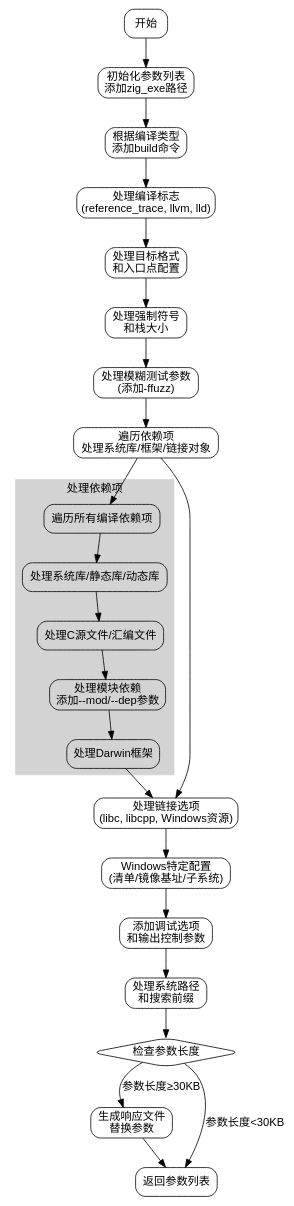
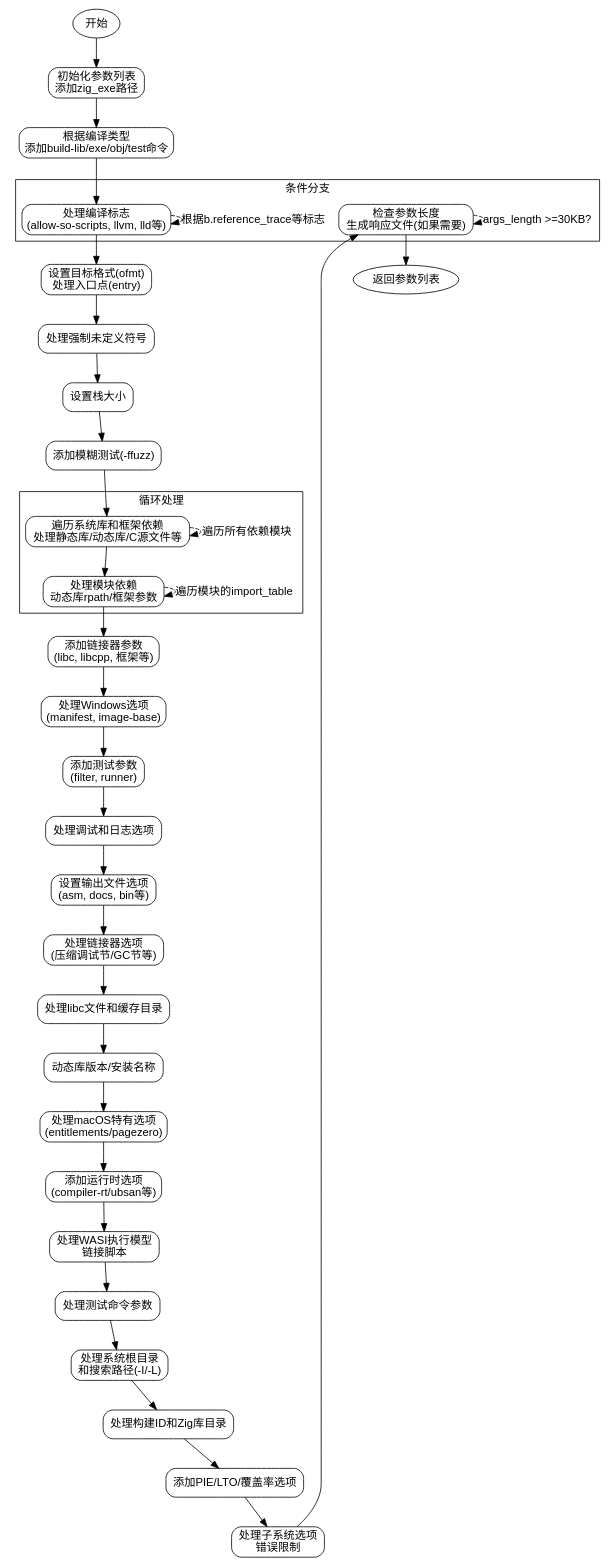
Before and after one commit to sdzx-1/deepseek-zig-reader: the diagram in dot_std/Build/Step/Compile.zig.getZigArgs.md, drawn with Graphviz. The commit also changed other lines of this file and 236 other files, not shown here.

````diff
--- a/dot_std/Build/Step/Compile.zig.getZigArgs.md
+++ b/dot_std/Build/Step/Compile.zig.getZigArgs.md
@@ -44,59 +48,78 @@
 ```dot
-digraph flowchart {
-    node [shape=rectangle, style="rounded", fontname="Arial"];
+digraph getZigArgs {
+    graph [fontname="Arial", nodesep=0.2, ranksep=0.5];
+    node [fontname="Arial", shape=box, style="rounded"];
     edge [fontname="Arial"];
 
-    start [label="开始"];
+    start [label="开始", shape=ellipse];
+    end [label="返回参数列表", shape=ellipse];
+
     init_args [label="初始化参数列表\n添加zig_exe路径"];
-    add_cmd [label="根据编译类型\n添加build命令"];
-    flags [label="处理编译标志\n(reference_trace, llvm, lld)"];
-    ofmt_entry [label="处理目标格式\n和入口点配置"];
-    symbols_stack [label="处理强制符号\n和栈大小"];
-    fuzz_arg [label="处理模糊测试参数\n(添加-ffuzz)"];
-    deps [label="遍历依赖项\n处理系统库/框架/链接对象"];
-    link_options [label="处理链接选项\n(libc, libcpp, Windows资源)"];
-    win_config [label="Windows特定配置\n(清单/镜像基址/子系统)"];
-    debug_output [label="添加调试选项\n和输出控制参数"];
-    sys_paths [label="处理系统路径\n和搜索前缀"];
-    check_length [label="检查参数长度", shape=diamond];
-    response_file [label="生成响应文件\n替换参数"];
-    end [label="返回参数列表"];
+    add_cmd [label="根据编译类型\n添加build-lib/exe/obj/test命令"];
+    handle_flags [label="处理编译标志\n(allow-so-scripts, llvm, lld等)"];
+    ofmt_entry [label="设置目标格式(ofmt)\n处理入口点(entry)"];
+    force_symbols [label="处理强制未定义符号"];
+    stack_size [label="设置栈大小"];
+    fuzz_flag [label="添加模糊测试(-ffuzz)"];
+    system_libs [label="遍历系统库和框架依赖\n处理静态库/动态库/C源文件等"];
+    module_deps [label="处理模块依赖\n动态库rpath/框架参数"];
+    linker_flags [label="添加链接器参数\n(libc, libcpp, 框架等)"];
+    windows_specific [label="处理Windows选项\n(manifest, image-base)"];
+    test_params [label="添加测试参数\n(filter, runner)"];
+    debug_flags [label="处理调试和日志选项"];
+    output_files [label="设置输出文件选项\n(asm, docs, bin等)"];
+    linker_options [label="处理链接器选项\n(压缩调试节/GC节等)"];
+    libc_cache [label="处理libc文件和缓存目录"];
+    dynamic_lib [label="动态库版本/安装名称"];
+    macos_flags [label="处理macOS特有选项\n(entitlements/pagezero)"];
+    runtime_flags [label="添加运行时选项\n(compiler-rt/ubsan等)"];
+    wasi_link [label="处理WASI执行模型\n链接脚本"];
+    test_cmds [label="处理测试命令参数"];
+    sysroot_search [label="处理系统根目录\n和搜索路径(-I/-L)"];
+    build_id [label="处理构建ID和Zig库目录"];
+    pie_lto [label="添加PIE/LTO/覆盖率选项"];
+    subsystem_error [label="处理子系统选项\n错误限制"];
+    arg_length [label="检查参数长度\n生成响应文件(如果需要)"];
 
     start -> init_args;
     init_args -> add_cmd;
-    add_cmd -> flags;
-    flags -> ofmt_entry;
-    ofmt_entry -> symbols_stack;
-    symbols_stack -> fuzz_arg;
-    fuzz_arg -> deps;
-    deps -> link_options;
-    link_options -> win_config;
-    win_config -> debug_output;
-    debug_output -> sys_paths;
-    sys_paths -> check_length;
-    check_length -> response_file [label="参数长度≥30KB"];
-    check_length -> end [label="参数长度<30KB"];
-    response_file -> end;
+    add_cmd -> handle_flags;
+    handle_flags -> ofmt_entry;
+    ofmt_entry -> force_symbols;
+    force_symbols -> stack_size;
+    stack_size -> fuzz_flag;
+    fuzz_flag -> system_libs;
+    system_libs -> module_deps;
+    module_deps -> linker_flags;
+    linker_flags -> windows_specific;
+    windows_specific -> test_params;
+    test_params -> debug_flags;
+    debug_flags -> output_files;
+    output_files -> linker_options;
+    linker_options -> libc_cache;
+    libc_cache -> dynamic_lib;
+    dynamic_lib -> macos_flags;
+    macos_flags -> runtime_flags;
+    runtime_flags -> wasi_link;
+    wasi_link -> test_cmds;
+    test_cmds -> sysroot_search;
+    sysroot_search -> build_id;
+    build_id -> pie_lto;
+    pie_lto -> subsystem_error;
+    subsystem_error -> arg_length;
+    arg_length -> end;
 
-    // 子流程：依赖项处理
-    subgraph cluster_deps {
-        label="处理依赖项";
-        style=filled;
-        color=lightgrey;
-
-        iterate_deps [label="遍历所有编译依赖项"];
-        handle_libs [label="处理系统库/静态库/动态库"];
-        handle_c_asm [label="处理C源文件/汇编文件"];
-        handle_modules [label="处理模块依赖\n添加--mod/--dep参数"];
-        frameworks [label="处理Darwin框架"];
-
-        iterate_deps -> handle_libs;
-        handle_libs -> handle_c_asm;
-        handle_c_asm -> handle_modules;
-        handle_modules -> frameworks;
+    // 关键条件分支
+    subgraph cluster_loops {
+        label="循环处理";
+        system_libs -> system_libs [label="遍历所有依赖模块", style=dashed];
+        module_deps -> module_deps [label="遍历模块的import_table", style=dashed];
     }
 
-    deps -> iterate_deps [lhead=cluster_deps];
-    frameworks -> link_options [ltail=cluster_deps];
+    subgraph cluster_conditions {
+        label="条件分支";
+        handle_flags -> handle_flags [label="根据b.reference_trace等标志", style=dashed];
+        arg_length -> arg_length [label="args_length >=30KB?", style=dashed];
+    }
 }
 ```
````
